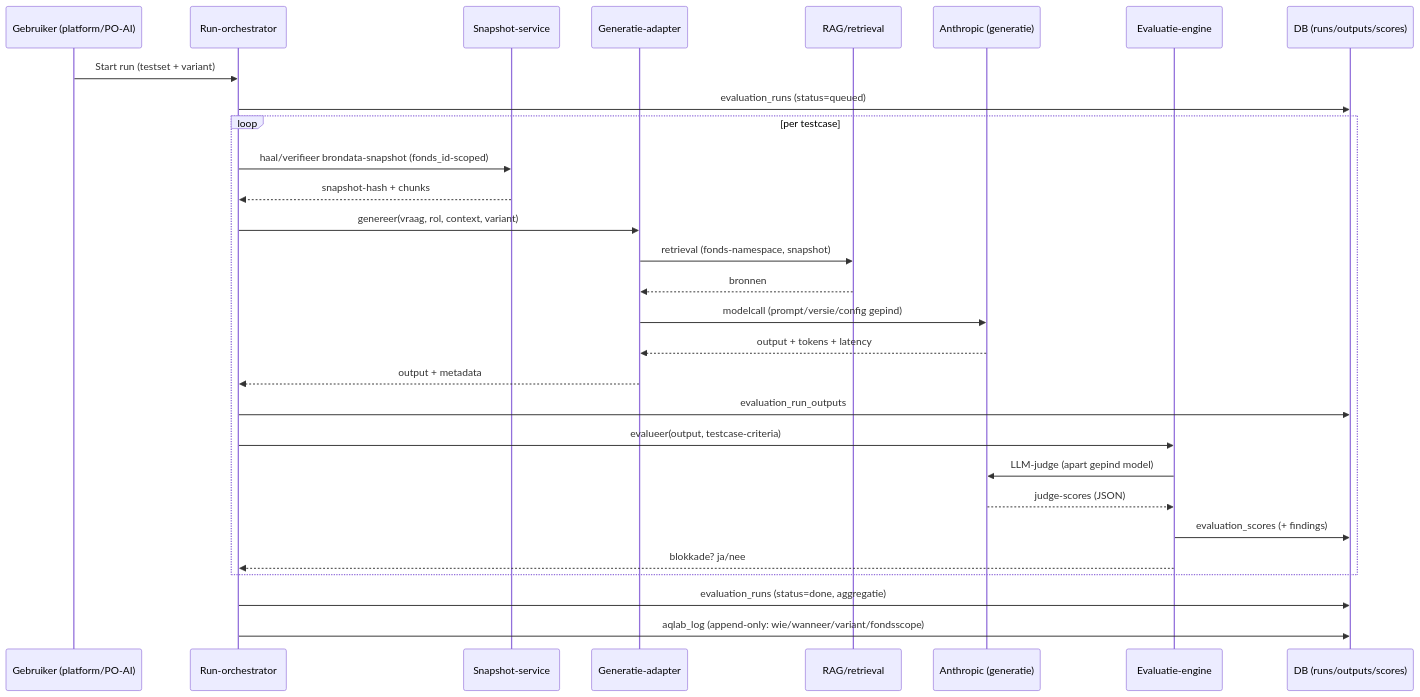
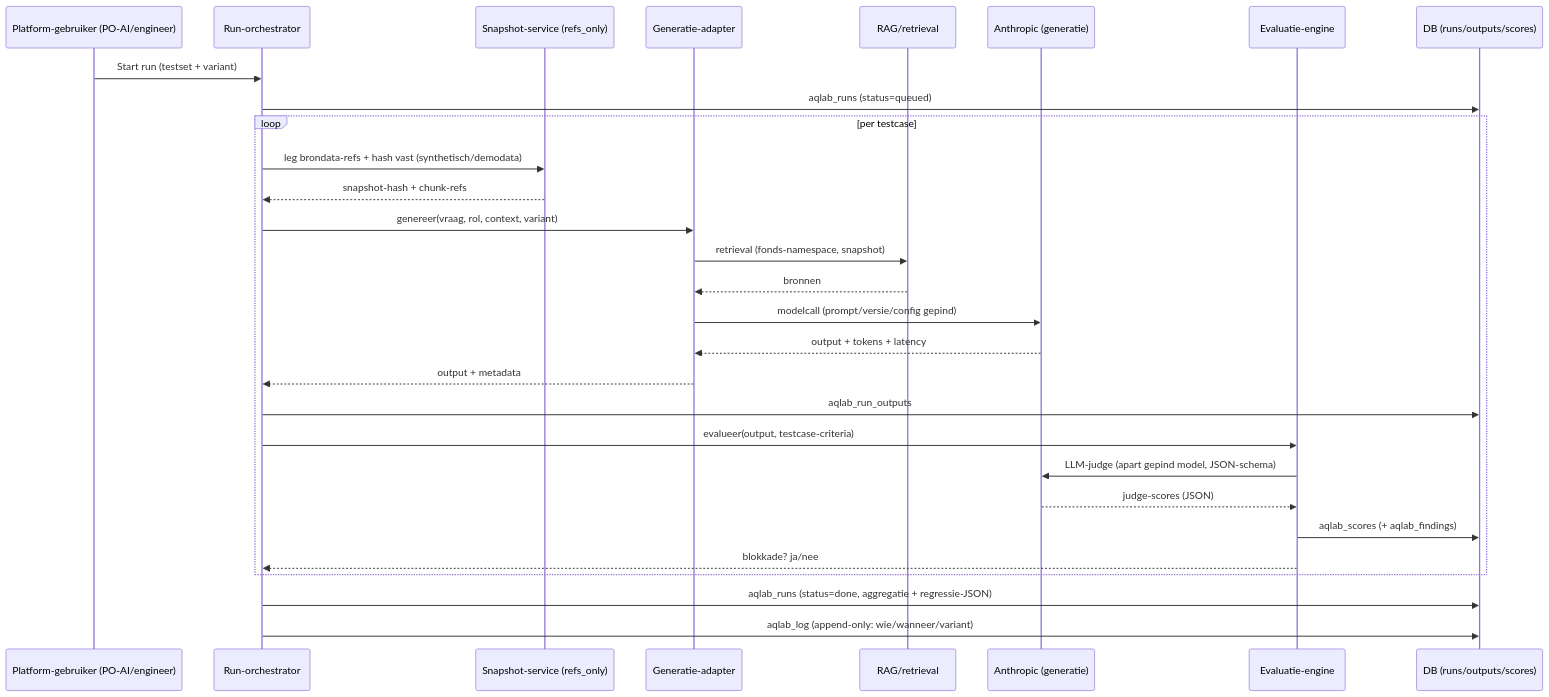
One commit to merlinijzerman/Bestuurdersportaal changed the fourth of 6 diagrams in AI-QUALITY-LAB-ARCHITECTUUR.md. Above: the diagram before and after it, drawn with Mermaid. The commit also changed other lines of this file and 21 other files, not shown here.

````diff
--- a/AI-QUALITY-LAB-ARCHITECTUUR.md
+++ b/AI-QUALITY-LAB-ARCHITECTUUR.md
@@ -216,31 +226,31 @@
 ```mermaid
 sequenceDiagram
-  participant U as Gebruiker (platform/PO-AI)
+  participant U as Platform-gebruiker (PO-AI/engineer)
   participant O as Run-orchestrator
-  participant S as Snapshot-service
+  participant S as Snapshot-service (refs_only)
   participant G as Generatie-adapter
   participant R as RAG/retrieval
   participant M as Anthropic (generatie)
   participant E as Evaluatie-engine
   participant DB as DB (runs/outputs/scores)
   U->>O: Start run (testset + variant)
-  O->>DB: evaluation_runs (status=queued)
+  O->>DB: aqlab_runs (status=queued)
   loop per testcase
-    O->>S: haal/verifieer brondata-snapshot (fonds_id-scoped)
-    S-->>O: snapshot-hash + chunks
+    O->>S: leg brondata-refs + hash vast (synthetisch/demodata)
+    S-->>O: snapshot-hash + chunk-refs
     O->>G: genereer(vraag, rol, context, variant)
     G->>R: retrieval (fonds-namespace, snapshot)
     R-->>G: bronnen
     G->>M: modelcall (prompt/versie/config gepind)
     M-->>G: output + tokens + latency
     G-->>O: output + metadata
-    O->>DB: evaluation_run_outputs
+    O->>DB: aqlab_run_outputs
     O->>E: evalueer(output, testcase-criteria)
-    E->>M: LLM-judge (apart gepind model)
+    E->>M: LLM-judge (apart gepind model, JSON-schema)
     M-->>E: judge-scores (JSON)
-    E->>DB: evaluation_scores (+ findings)
+    E->>DB: aqlab_scores (+ aqlab_findings)
     E-->>O: blokkade? ja/nee
   end
-  O->>DB: evaluation_runs (status=done, aggregatie)
-  O->>DB: aqlab_log (append-only: wie/wanneer/variant/fondsscope)
+  O->>DB: aqlab_runs (status=done, aggregatie + regressie-JSON)
+  O->>DB: aqlab_log (append-only: wie/wanneer/variant)
 ```
````
